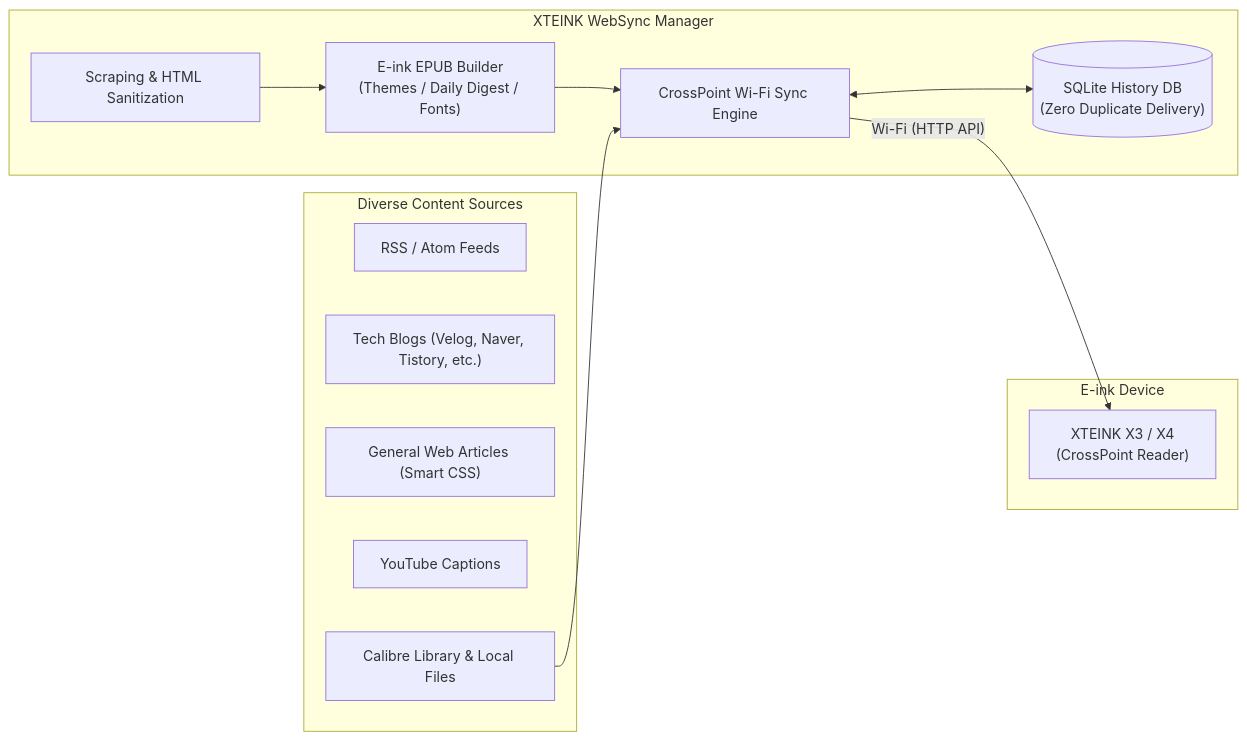
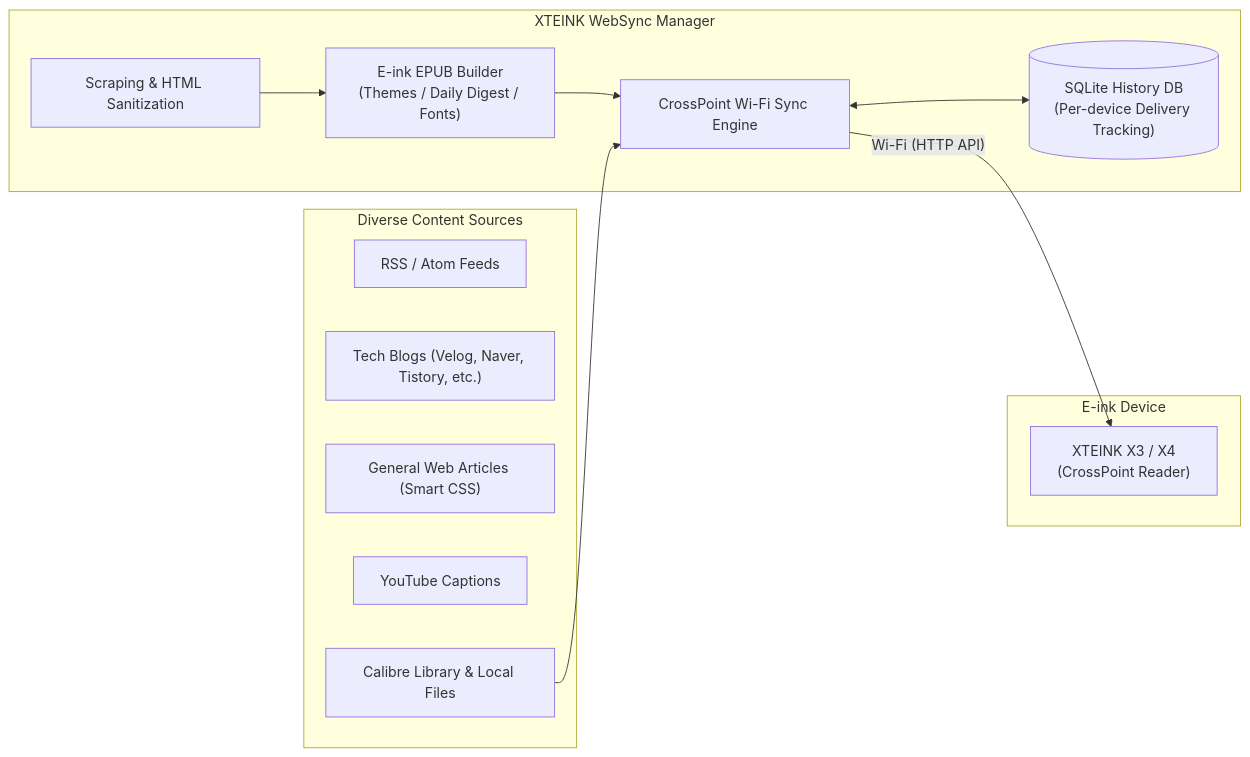
Before and after one commit to twbeatles/xteink-crosspoint-websync: the diagram in README.md, drawn with Mermaid. The commit also changed other lines of this file and 30 other files, not shown here.

````diff
--- a/README.md
+++ b/README.md
@@ -20,28 +20,28 @@
 ```mermaid
 flowchart LR
     subgraph Sources["Diverse Content Sources"]
         RSS["RSS / Atom Feeds"]
         Blogs["Tech Blogs (Velog, Naver, Tistory, etc.)"]
         Web["General Web Articles (Smart CSS)"]
         YT["YouTube Captions"]
         Calibre["Calibre Library & Local Files"]
     end
 
     subgraph App["XTEINK WebSync Manager"]
         Scrape["Scraping & HTML Sanitization"]
         Builder["E-ink EPUB Builder\n(Themes / Daily Digest / Fonts)"]
-        DB[("SQLite History DB\n(Zero Duplicate Delivery)")]
+        DB[("SQLite History DB\n(Per-device Delivery Tracking)")]
         Upload["CrossPoint Wi-Fi Sync Engine"]
         
         Scrape --> Builder
         Builder --> Upload
         Calibre --> Upload
         Upload <--> DB
     end
 
     subgraph Device["E-ink Device"]
         XTEINK["XTEINK X3 / X4\n(CrossPoint Reader)"]
     end
 
     Upload -->|"Wi-Fi (HTTP API)"| XTEINK
 ```
````
